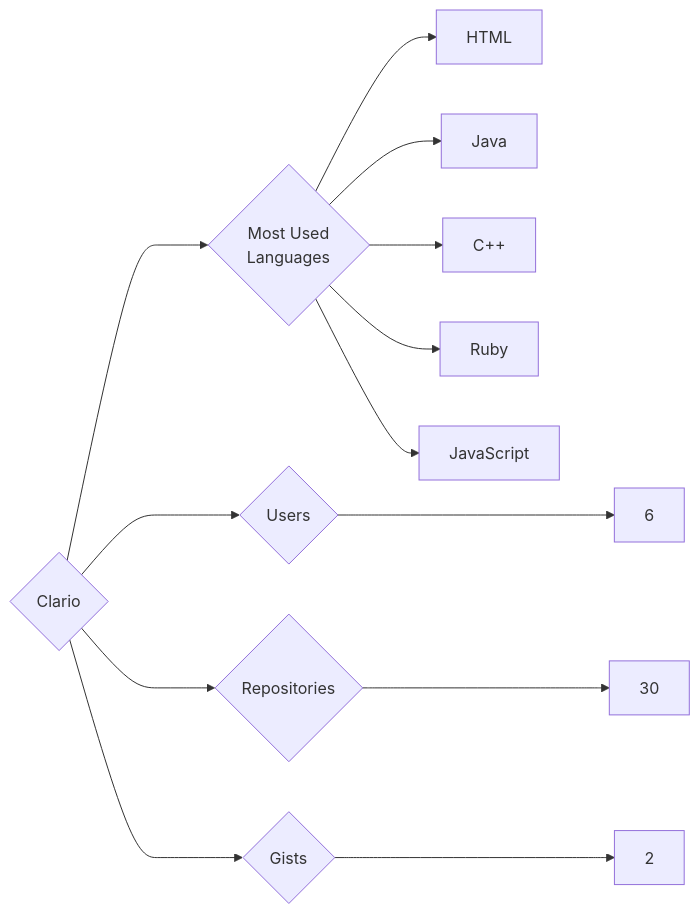
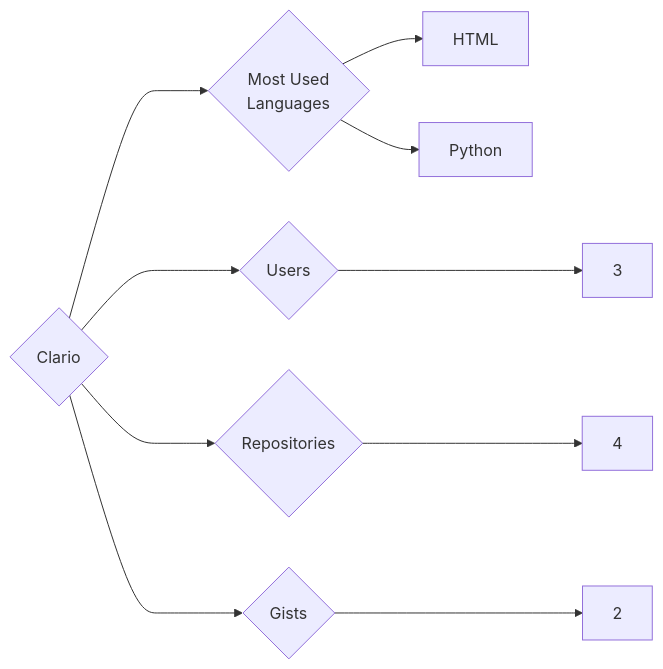
The diagram in targets/Clario/README.md (trickest/insiders), drawn with Mermaid before and after one commit. The commit also changed 1314 other files, not shown here.

````diff
--- a/targets/Clario/README.md
+++ b/targets/Clario/README.md
@@ -3,13 +3,10 @@
 ```mermaid
 graph LR
 COMPANY_NAME{Clario}
-COMPANY_NAME ---> U{Users} ---> UN[6]
-COMPANY_NAME ---> R{Repositories} ---> RN[30]
+COMPANY_NAME ---> U{Users} ---> UN[3]
+COMPANY_NAME ---> R{Repositories} ---> RN[4]
 COMPANY_NAME ---> G{Gists} ---> GN[2]
 COMPANY_NAME ---> ML{Most Used<br>Languages}
 ML --> HTML[HTML]
-ML --> Java[Java]
-ML --> C++[C++]
-ML --> Ruby[Ruby]
-ML --> JavaScript[JavaScript]
+ML --> Python[Python]
 ```
````
